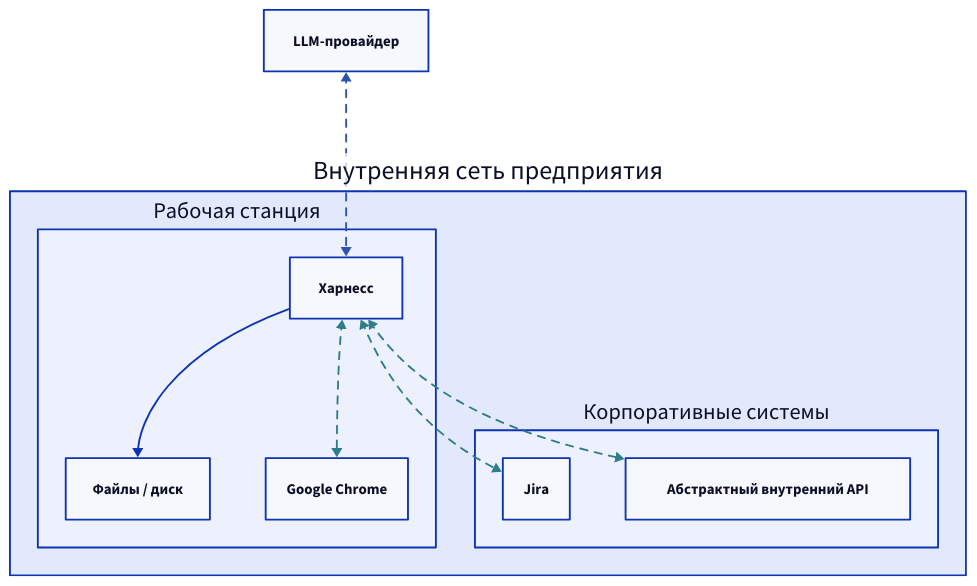
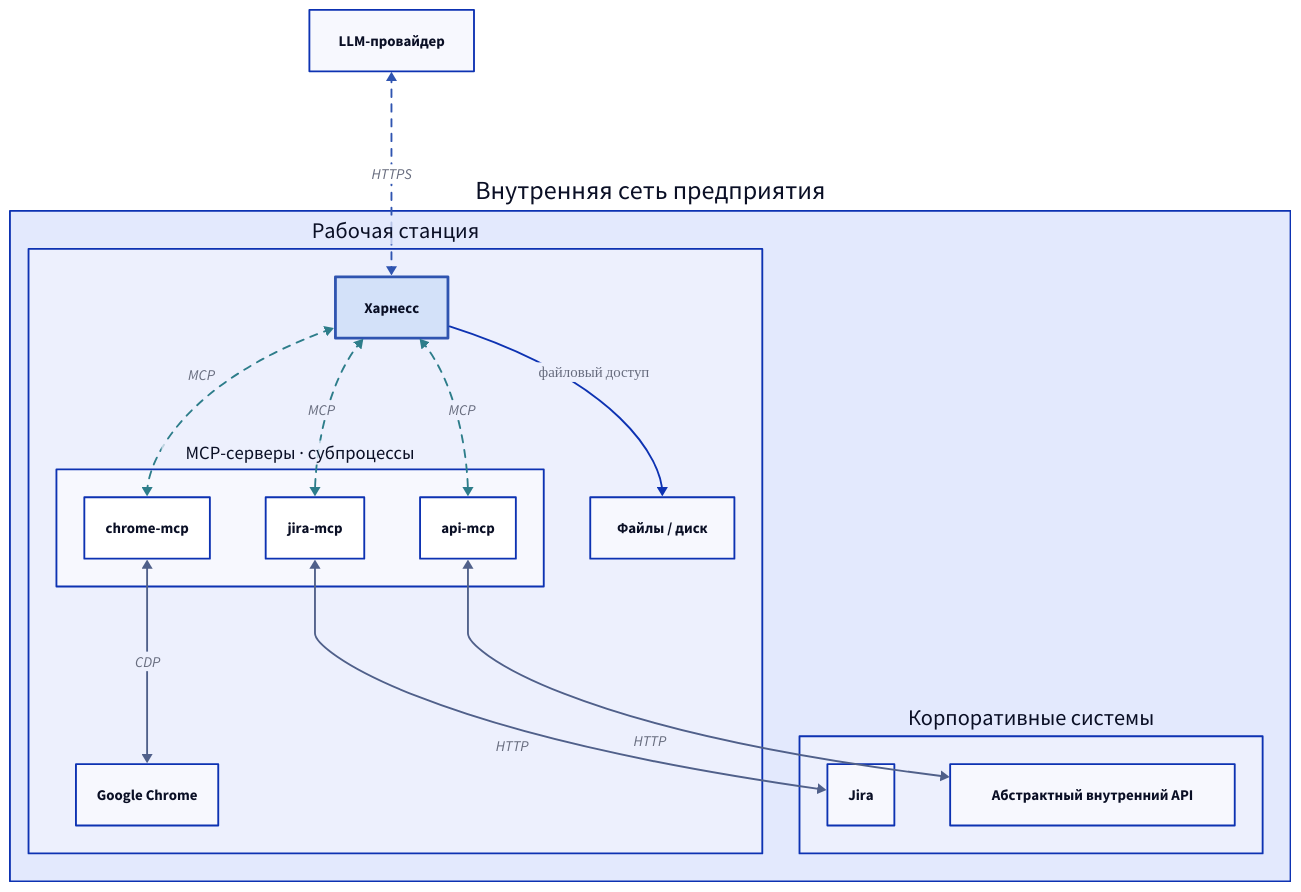
The second of 2 diagrams in src/content/docs/mcp/index.mdx (human-turn/human-turn.github.io), drawn with D2 before and after one commit. The commit also changed other lines of this file and 2 other files, not shown here.

Commit message:
feat(d2): MCP-серверы как субпроцессы на схеме + конвенции в скилл
- mcp/index.mdx: боксы MCP-серверов между Харнессом и системами,
  родной транспорт (CDP/HTTP) отдельным стилем; контраст текста
  и тонирование фаз на сиквенсе; Харнесс выделен на обеих схемах
- skill d2-diagrams: Харнесс-протагонист, правила сиквенса,
  паттерн MCP-субпроцессов, цвет родного транспорта
- gitignore: сгенерированные public/d2/

````diff
--- a/src/content/docs/mcp/index.mdx
+++ b/src/content/docs/mcp/index.mdx
@@ -96,52 +112,66 @@
 ```d2
 direction: down
 
 llm: LLM-провайдер
 
 network: Внутренняя сеть предприятия {
   direction: right
 
   workstation: Рабочая станция {
-    agent: Харнесс
+    agent: Харнесс {
+      style.fill: "#d3e1f9"
+      style.stroke: "#2f54b0"
+      style.stroke-width: 3
+    }
+
+    # MCP-серверы — отдельные субпроцессы, порождённые харнессом
+    mcp: MCP-серверы · субпроцессы {
+      chrome_mcp: chrome-mcp
+      jira_mcp: jira-mcp
+      api_mcp: api-mcp
+    }
+
     files: Файлы / диск
     chrome: Google Chrome
   }
 
   corp: Корпоративные системы {
     jira: Jira
     api: Абстрактный внутренний API
   }
 }
 
-# Прямой доступ к диску — обычная сплошная
-network.workstation.agent -> network.workstation.files
+# Прямой доступ к диску — без MCP, обычная сплошная
+network.workstation.agent -> network.workstation.files: файловый доступ
 
-# MCP: двусторонний обмен с серверами — бирюзовый
-network.workstation.agent <-> network.workstation.chrome: {
-  style: {
-    stroke: "#2d7d8a"
-    stroke-dash: 4
-  }
+# Харнесс ↔ MCP-сервер — по протоколу MCP, бирюзовый пунктир
+network.workstation.agent <-> network.workstation.mcp.chrome_mcp: MCP {
+  style: { stroke: "#2d7d8a"; stroke-dash: 4 }
 }
-network.workstation.agent <-> network.corp.jira: {
-  style: {
-    stroke: "#2d7d8a"
-    stroke-dash: 4
-  }
+network.workstation.agent <-> network.workstation.mcp.jira_mcp: MCP {
+  style: { stroke: "#2d7d8a"; stroke-dash: 4 }
 }
-network.workstation.agent <-> network.corp.api: {
-  style: {
-    stroke: "#2d7d8a"
-    stroke-dash: 4
-  }
+network.workstation.agent <-> network.workstation.mcp.api_mcp: MCP {
+  style: { stroke: "#2d7d8a"; stroke-dash: 4 }
+}
+
+# MCP-сервер ↔ целевая система — «родным» транспортом сервера, сплошной сланец
+network.workstation.mcp.chrome_mcp <-> network.workstation.chrome: CDP {
+  style: { stroke: "#50608a" }
+}
+network.workstation.mcp.jira_mcp <-> network.corp.jira: HTTP {
+  style: { stroke: "#50608a" }
+}
+network.workstation.mcp.api_mcp <-> network.corp.api: HTTP {
+  style: { stroke: "#50608a" }
 }
 
 # LLM ↔ Харнесс: двусторонний обмен
-llm <-> network.workstation.agent: {
+llm <-> network.workstation.agent: HTTPS {
   style: {
     stroke: "#2f54b0"
     stroke-width: 2
     stroke-dash: 4
   }
 }
 ```
````
